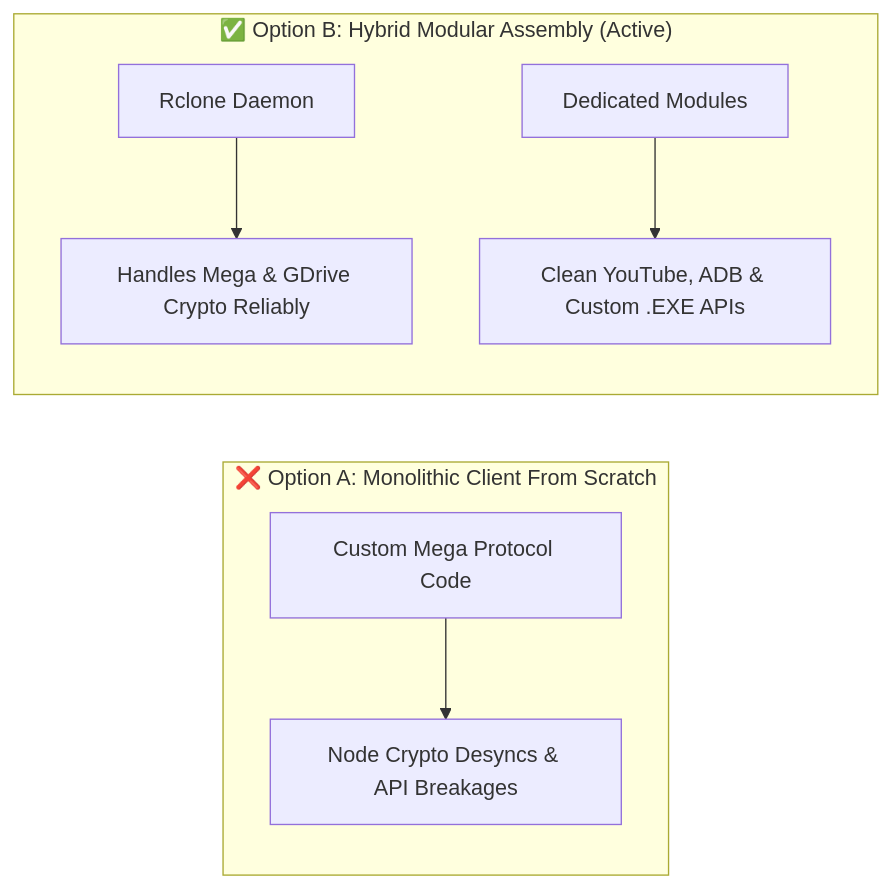
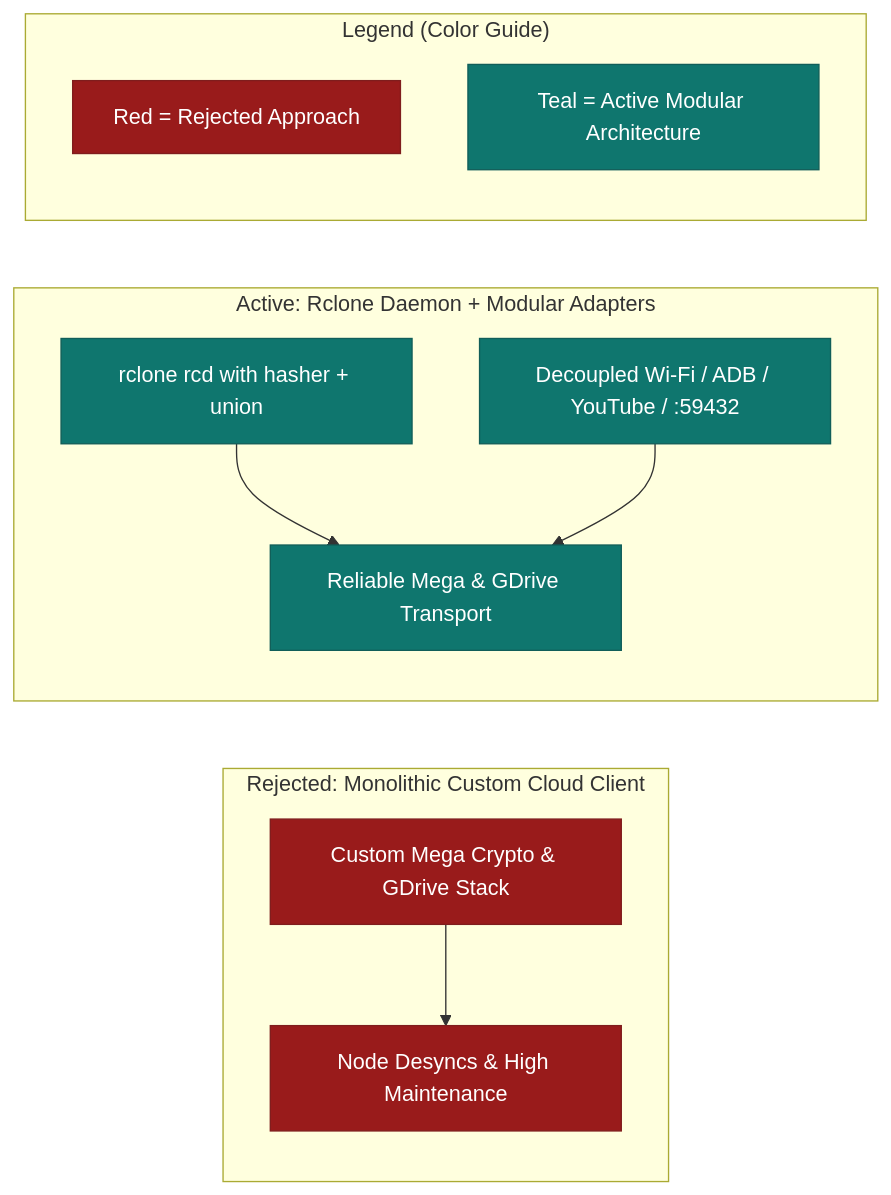
One commit to Mostakim2005/cloud-manager changed the second of 3 diagrams in docs/DECISIONS_AND_TRAPS.md. Above: the diagram before and after it, drawn with Mermaid. The commit also changed other lines of this file and 6 other files, not shown here.

````diff
--- a/docs/DECISIONS_AND_TRAPS.md
+++ b/docs/DECISIONS_AND_TRAPS.md
@@ -15,10 +46,18 @@
 ```mermaid
 flowchart LR
-    subgraph Failed["❌ Option A: Monolithic Client From Scratch"]
-        A1[Custom Mega Protocol Code] --> A2[Node Crypto Desyncs & API Breakages]
+    classDef badNode fill:#991b1b,stroke:#7f1d1d,color:#ffffff
+    classDef goodNode fill:#0f766e,stroke:#115e59,color:#ffffff
+
+    subgraph Failed["Rejected: Monolithic Custom Cloud Client"]
+        A1["Custom Mega Crypto & GDrive Stack"]:::badNode --> A2["Node Desyncs & High Maintenance"]:::badNode
     end
-    subgraph Active["✅ Option B: Hybrid Modular Assembly (Active)"]
-        B1[Rclone Daemon] --> B2[Handles Mega & GDrive Crypto Reliably]
-        B3[Dedicated Modules] --> B4[Clean YouTube, ADB & Custom .EXE APIs]
+    subgraph Active["Active: Rclone Daemon + Modular Adapters"]
+        B1["rclone rcd with hasher + union"]:::goodNode --> B2["Reliable Mega & GDrive Transport"]:::goodNode
+        B3["Decoupled Wi-Fi / ADB / YouTube / :59432"]:::goodNode --> B2
+    end
+
+    subgraph Legend["Legend (Color Guide)"]
+        L1["Red = Rejected Approach"]:::badNode
+        L2["Teal = Active Modular Architecture"]:::goodNode
     end
 ```
````
